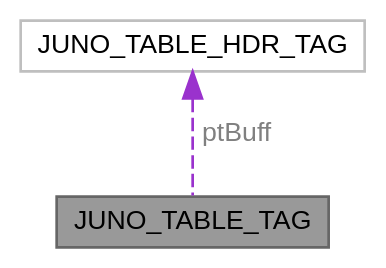
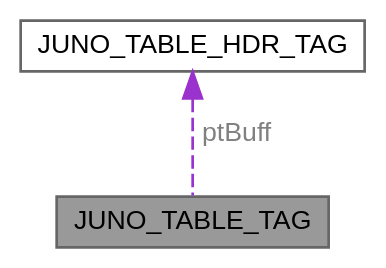
Before and after one commit to robinonsay/libjuno: the diagram in structJUNO__TABLE__TAG__coll__graph.dot, drawn with Graphviz. The commit also changed 290 other files, not shown here.

```diff
--- a/structJUNO__TABLE__TAG__coll__graph.dot
+++ b/structJUNO__TABLE__TAG__coll__graph.dot
@@ -1,10 +1,10 @@
 digraph "JUNO_TABLE_TAG"
 {
  // LATEX_PDF_SIZE
   bgcolor="transparent";
   edge [fontname=Helvetica,fontsize=10,labelfontname=Helvetica,labelfontsize=10];
   node [fontname=Helvetica,fontsize=10,shape=box,height=0.2,width=0.4];
   Node1 [id="Node000001",label="JUNO_TABLE_TAG",height=0.2,width=0.4,color="gray40", fillcolor="grey60", style="filled", fontcolor="black",tooltip=" "];
   Node2 -> Node1 [id="edge1_Node000001_Node000002",dir="back",color="darkorchid3",style="dashed",tooltip=" ",label=" ptBuff",fontcolor="grey" ];
-  Node2 [id="Node000002",label="JUNO_TABLE_HDR_TAG",height=0.2,width=0.4,color="grey75", fillcolor="white", style="filled",URL="$structJUNO__TABLE__HDR__TAG.html",tooltip=" "];
+  Node2 [id="Node000002",label="JUNO_TABLE_HDR_TAG",height=0.2,width=0.4,color="gray40", fillcolor="white", style="filled",URL="$structJUNO__TABLE__HDR__TAG.html",tooltip=" "];
 }
```
